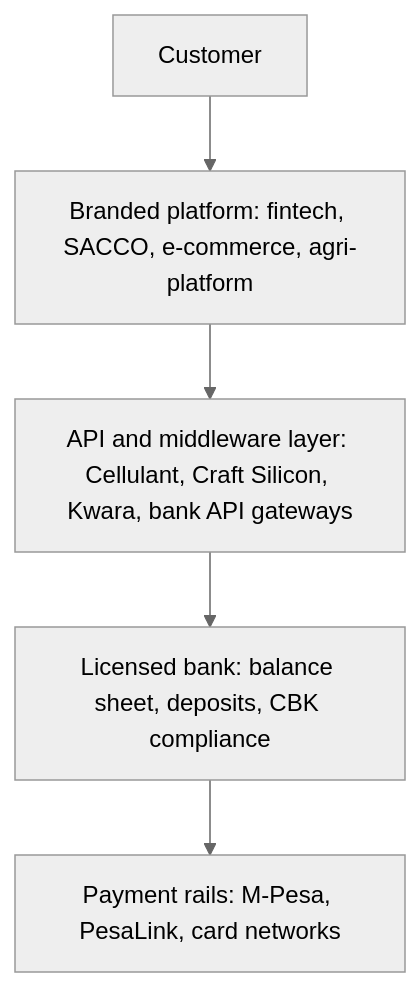
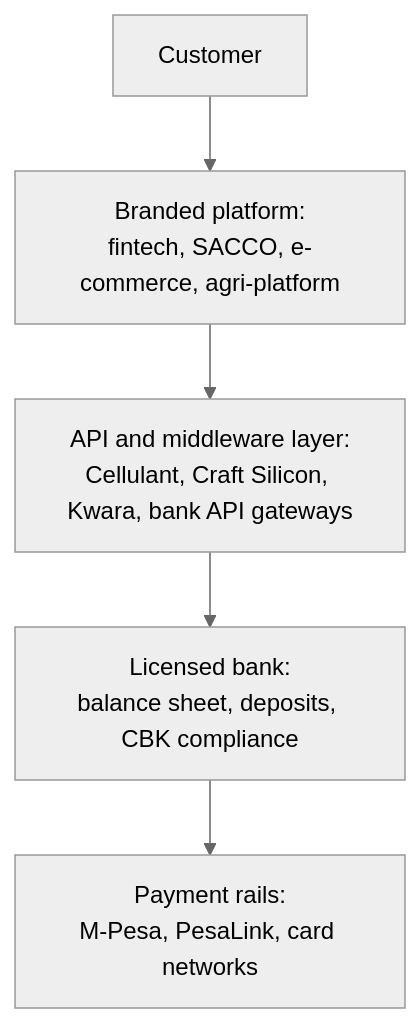
The diagram in Bengula-Jacob/content/banking-credit/baas-kenya-cornerstone.md (bengula/BengulaLive), drawn with Mermaid (neutral theme) before and after one commit. The commit also changed 12 other files, not shown here.

Commit message:
improved mermaid syntax

````diff
--- a/Bengula-Jacob/content/banking-credit/baas-kenya-cornerstone.md
+++ b/Bengula-Jacob/content/banking-credit/baas-kenya-cornerstone.md
@@ -45,7 +45,7 @@
 ```mermaid
 flowchart TD
-  A["Customer"] --> B["Branded platform: fintech, SACCO, e-commerce, agri-platform"]
-  B --> C["API and middleware layer: Cellulant, Craft Silicon, Kwara, bank API gateways"]
-  C --> D["Licensed bank: balance sheet, deposits, CBK compliance"]
-  D --> E["Payment rails: M-Pesa, PesaLink, card networks"]
+  A["Customer"] --> B["Branded platform:<br>fintech, SACCO, e-commerce, agri-platform"]
+  B --> C["API and middleware layer:<br>Cellulant, Craft Silicon, Kwara, bank API gateways"]
+  C --> D["Licensed bank:<br>balance sheet, deposits, CBK compliance"]
+  D --> E["Payment rails:<br>M-Pesa, PesaLink, card networks"]
 ```
````
